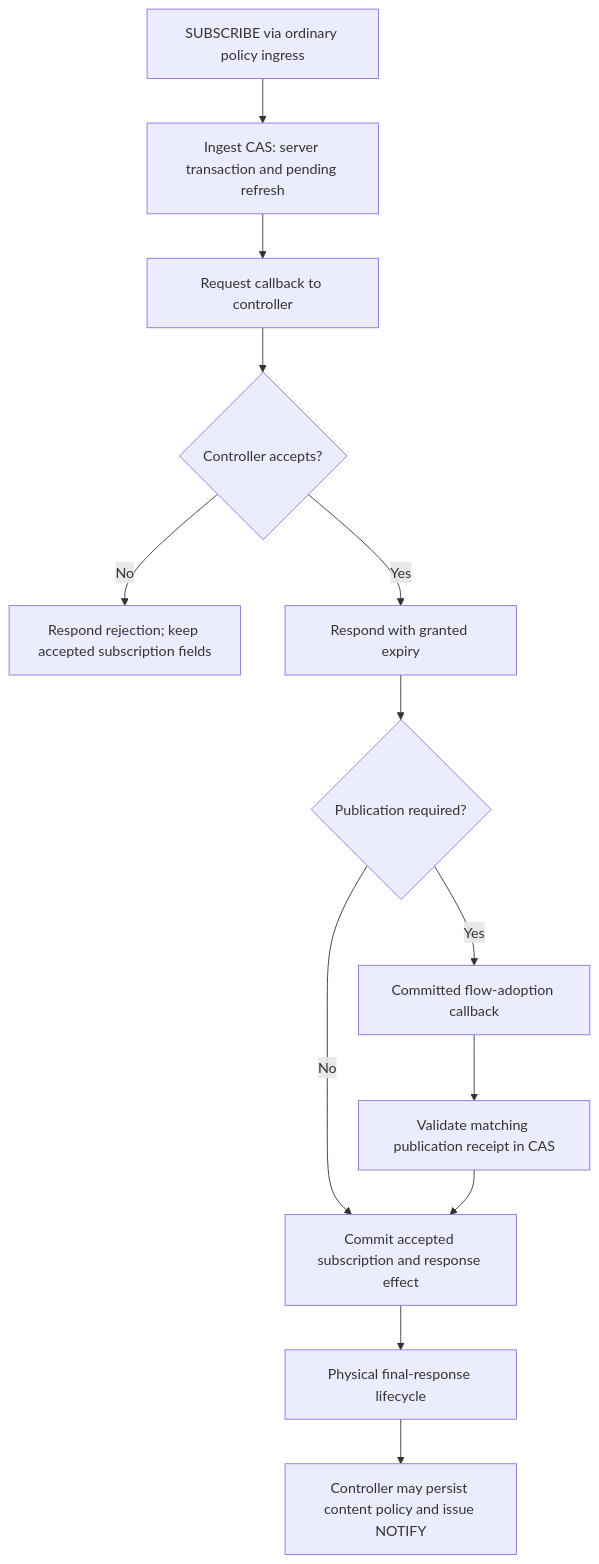
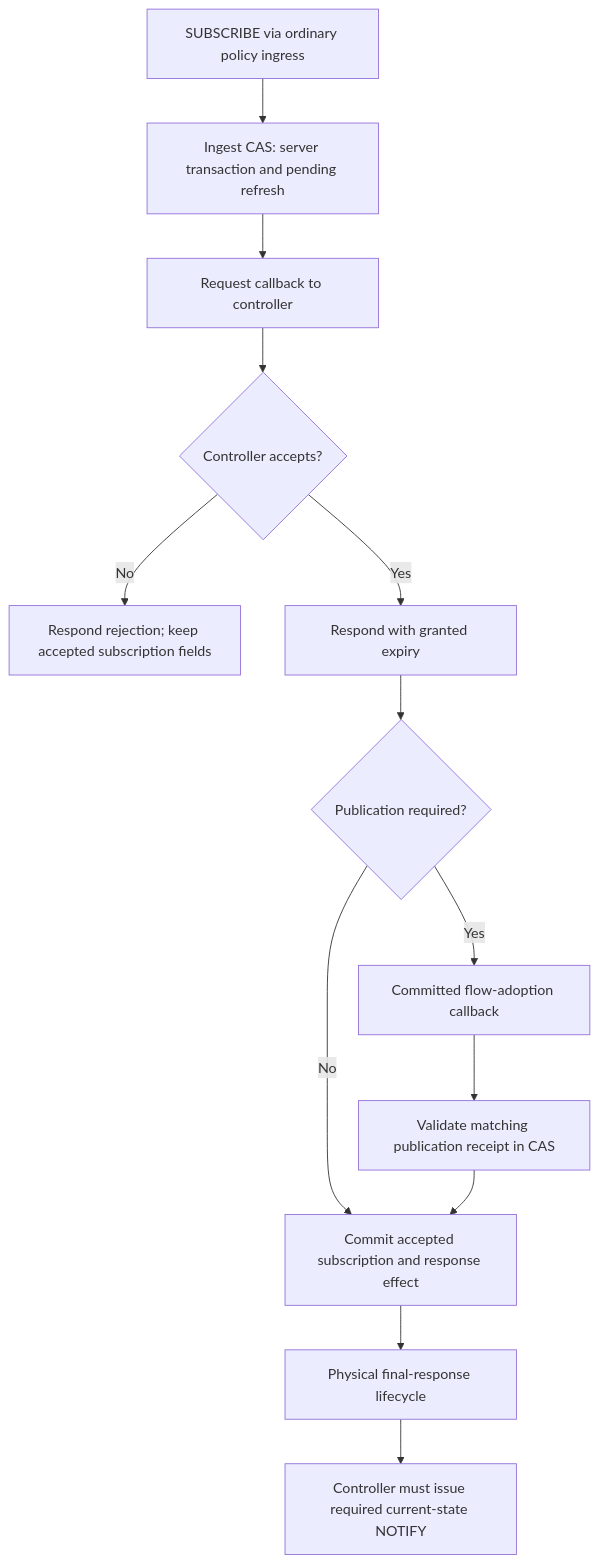
The third of 10 diagrams in docs/operations/sip.md (zyno-io/sipbridge), drawn with Mermaid before and after one commit. The commit also changed other lines of this file and 30 other files, not shown here.

````diff
--- a/docs/operations/sip.md
+++ b/docs/operations/sip.md
@@ -126,15 +126,15 @@
 ```mermaid
 flowchart TD
     A[SUBSCRIBE via ordinary policy ingress] --> B[Ingest CAS: server transaction and pending refresh]
     B --> C[Request callback to controller]
     C --> D{Controller accepts?}
     D -- No --> E[Respond rejection; keep accepted subscription fields]
     D -- Yes --> F[Respond with granted expiry]
     F --> G{Publication required?}
     G -- Yes --> H[Committed flow-adoption callback]
     H --> I[Validate matching publication receipt in CAS]
     G -- No --> J[Commit accepted subscription and response effect]
     I --> J
     J --> K[Physical final-response lifecycle]
-    K --> L[Controller may persist content policy and issue NOTIFY]
+    K --> L[Controller must issue required current-state NOTIFY]
 ```
````
